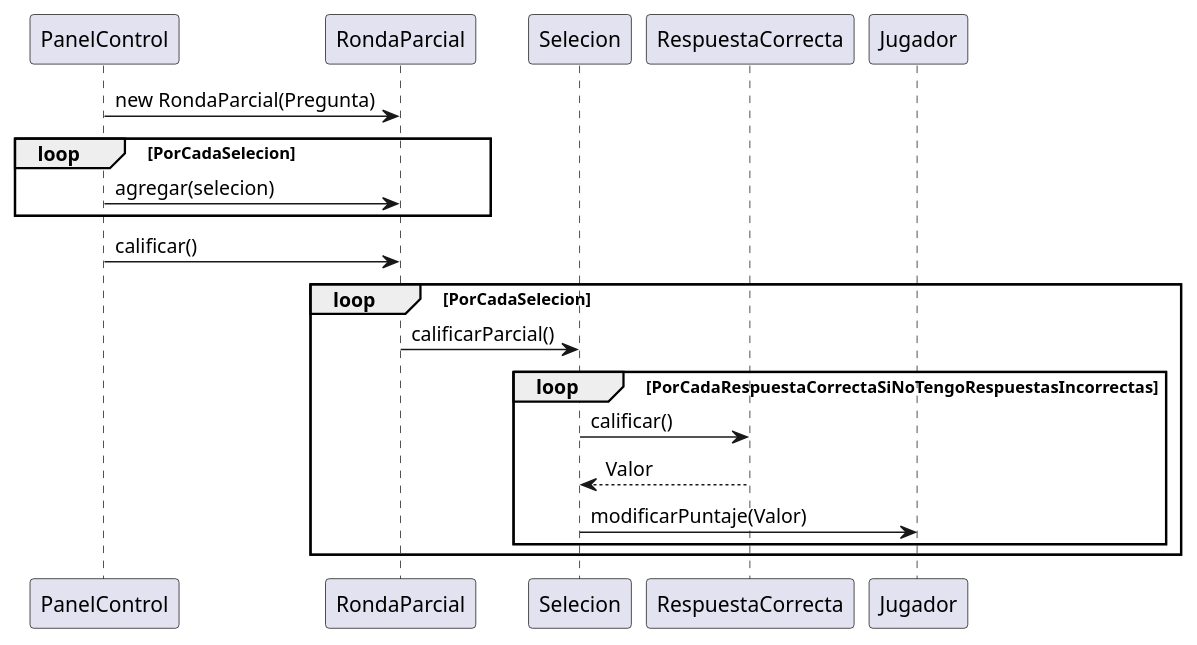
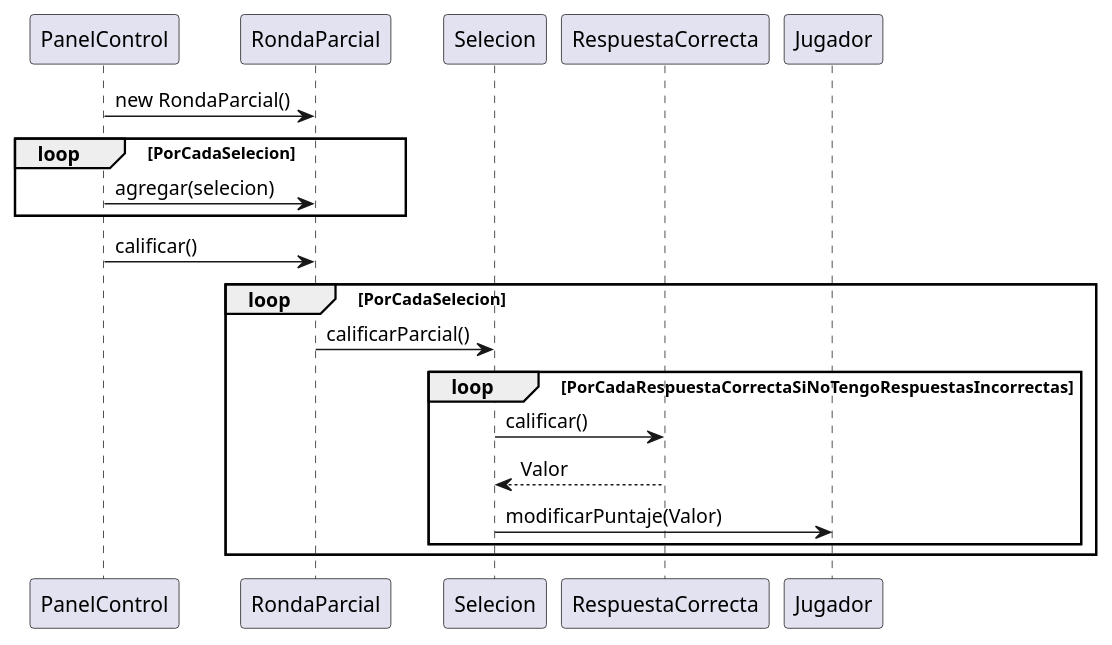
The diagram in src/main/java/edu/fiuba/algo3/modelo/diagramas/DSPreguntaChoiceParcial.puml (AmayaSantos/TP2-1), drawn with PlantUML before and after one commit. The commit also changed 6 other files, not shown here.

```diff
--- a/src/main/java/edu/fiuba/algo3/modelo/diagramas/DSPreguntaChoiceParcial.puml
+++ b/src/main/java/edu/fiuba/algo3/modelo/diagramas/DSPreguntaChoiceParcial.puml
@@ -1,17 +1,17 @@
 @startuml
 
-PanelControl ->RondaParcial: new RondaParcial(Pregunta)
+PanelControl ->RondaParcial: new RondaParcial()
     loop  PorCadaSelecion
     PanelControl -> RondaParcial:  agregar(selecion)
     end
 PanelControl ->RondaParcial: calificar()
     loop PorCadaSelecion
 RondaParcial -> Selecion: calificarParcial()
     loop PorCadaRespuestaCorrectaSiNoTengoRespuestasIncorrectas
     Selecion -> RespuestaCorrecta:calificar()
     RespuestaCorrecta --> Selecion: Valor
     Selecion -> Jugador: modificarPuntaje(Valor)
     end
     end
 
 @enduml
```
